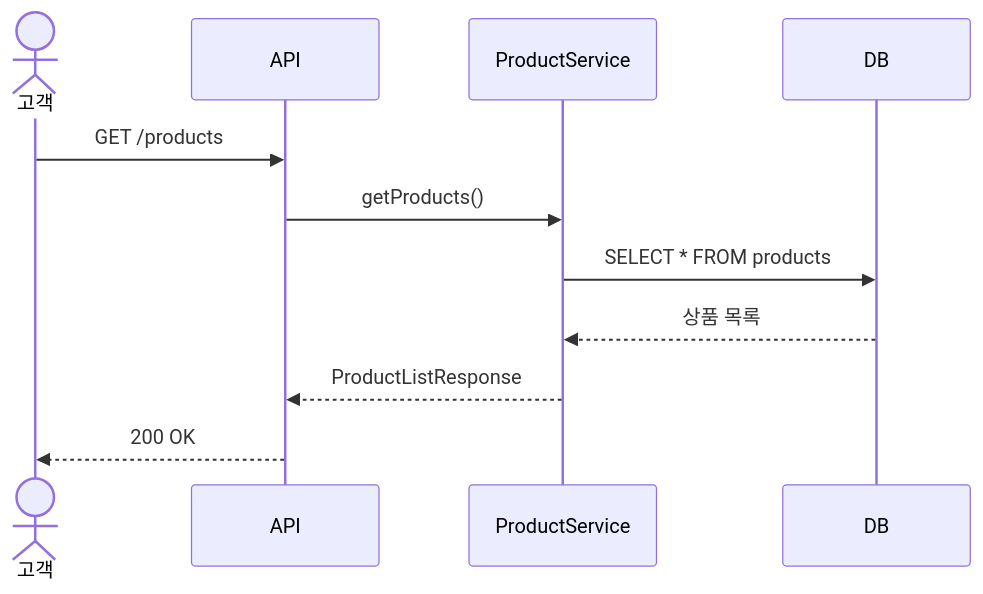
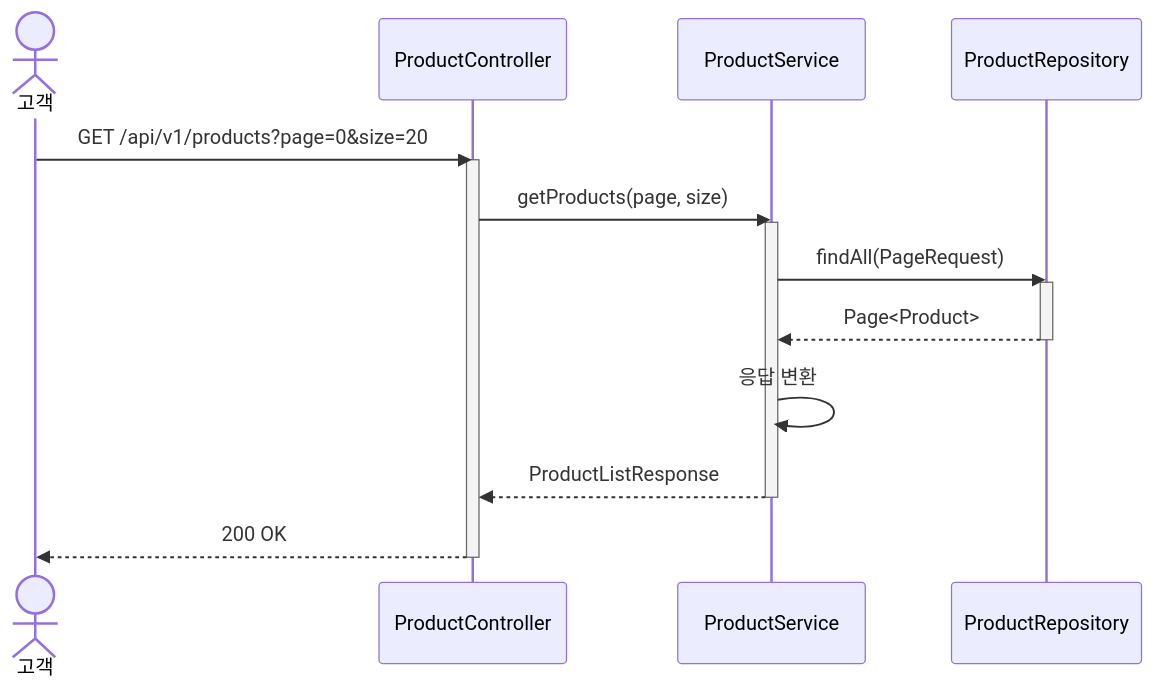
One commit to jaedeokhan/start-study changed the first of 9 diagrams in week2-api-design-management/api-swagger/docs/api/sequence-diagrams.md. Above: the diagram before and after it, drawn with Mermaid. The commit also changed other lines of this file, not shown here.

Commit message:
refact: 상품 조회, 인기 목록 조회, 장바구니 조회 시퀀스 다이어그램 수정

````diff
--- a/week2-api-design-management/api-swagger/docs/api/sequence-diagrams.md
+++ b/week2-api-design-management/api-swagger/docs/api/sequence-diagrams.md
@@ -15,14 +15,25 @@
 ```mermaid
 sequenceDiagram
     actor 고객
-    participant API
-    participant ProductService
-    participant DB
+    participant Controller as ProductController
+    participant Service as ProductService
+    participant Repository as ProductRepository
 
-    고객->>API: GET /products
-    API->>ProductService: getProducts()
-    ProductService->>DB: SELECT * FROM products
-    DB-->>ProductService: 상품 목록
-    ProductService-->>API: ProductListResponse
-    API-->>고객: 200 OK
+    고객->>Controller: GET /api/v1/products?page=0&size=20
+    activate Controller
+
+    Controller->>Service: getProducts(page, size)
+    activate Service
+
+    Service->>Repository: findAll(PageRequest)
+    activate Repository
+    Repository-->>Service: Page<Product>
+    deactivate Repository
+
+    Service->>Service: 응답 변환
+    Service-->>Controller: ProductListResponse
+    deactivate Service
+
+    Controller-->>고객: 200 OK
+    deactivate Controller
 ```
````
